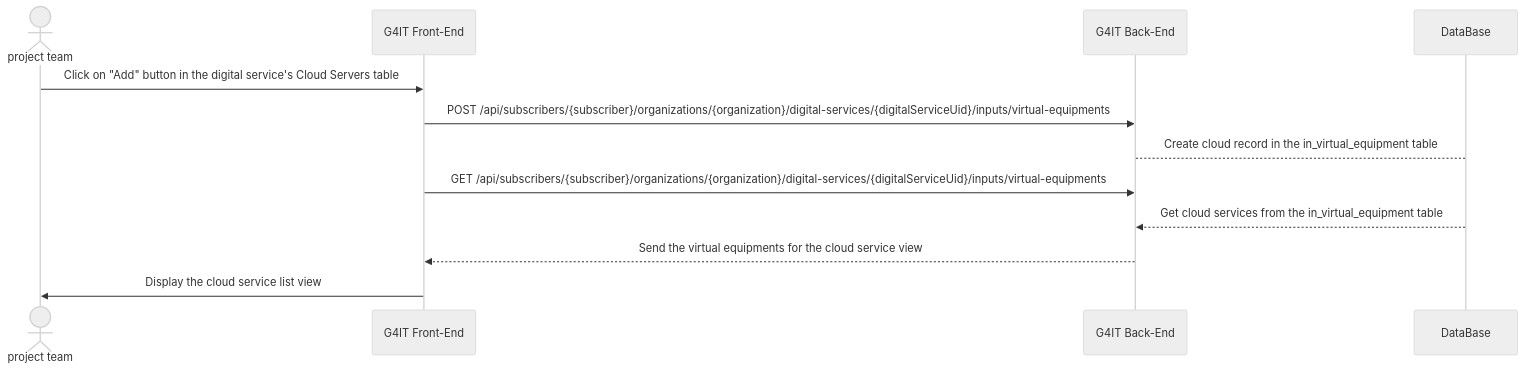
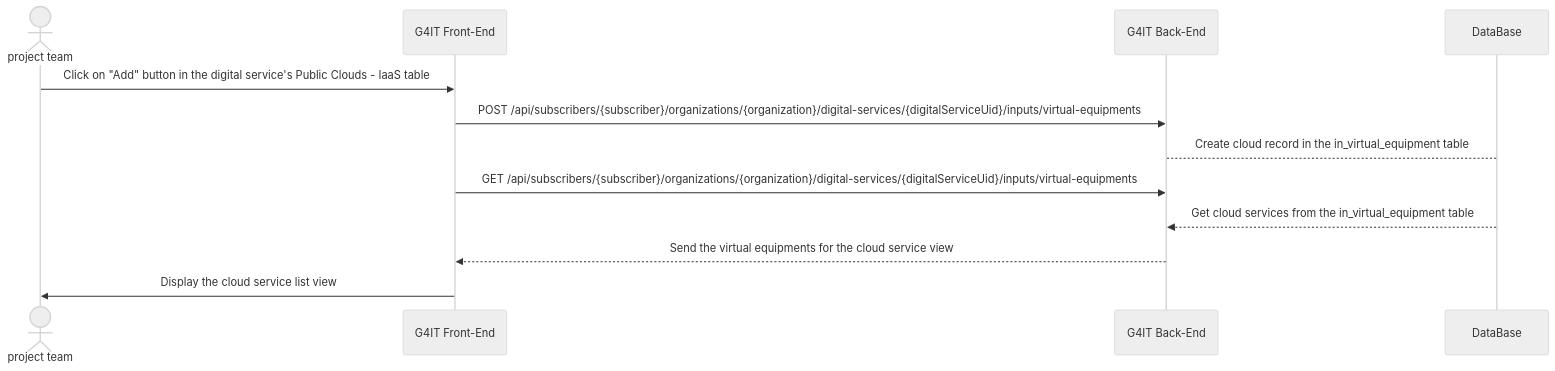
The diagram in services/documentation/content/2-functional-documentation/use_cases/uc_digital_services/uc3_add_visualize_equipments/uc3_add_visualize_cloud_services/add_visualize_cloud_services_via_forms.md (teamg4it/g4it), drawn with Mermaid (neutral theme) before and after one commit. The commit also changed other lines of this file and 51 other files, not shown here.

```diff
--- a/services/documentation/content/2-functional-documentation/use_cases/uc_digital_services/uc3_add_visualize_equipments/uc3_add_visualize_cloud_services/add_visualize_cloud_services_via_forms.md
+++ b/services/documentation/content/2-functional-documentation/use_cases/uc_digital_services/uc3_add_visualize_equipments/uc3_add_visualize_cloud_services/add_visualize_cloud_services_via_forms.md
@@ -48,16 +48,16 @@
 {{< mermaid >}}
 sequenceDiagram
 actor RND as project team
 participant front as G4IT Front-End
 participant back as G4IT Back-End
 participant DataBase
 
-RND ->> front: Click on "Add" button in the digital service's Cloud Servers table
+RND ->> front: Click on "Add" button in the digital service's Public Clouds - IaaS table
 front ->> back: POST /api/subscribers/{subscriber}/organizations/{organization}/digital-services/{digitalServiceUid}/inputs/virtual-equipments
 back--> DataBase: Create cloud record in the in_virtual_equipment table
 front ->> back: GET /api/subscribers/{subscriber}/organizations/{organization}/digital-services/{digitalServiceUid}/inputs/virtual-equipments
 DataBase -->> back: Get cloud services from the in_virtual_equipment table
 back -->> front: Send the virtual equipments for the cloud service view
 front->> RND : Display the cloud service list view
 
 {{< /mermaid >}}
```
